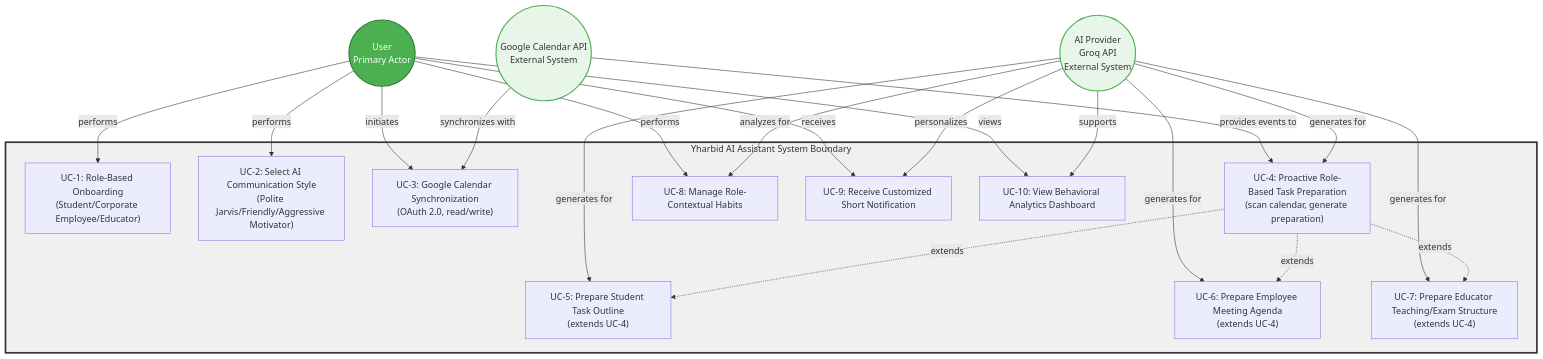
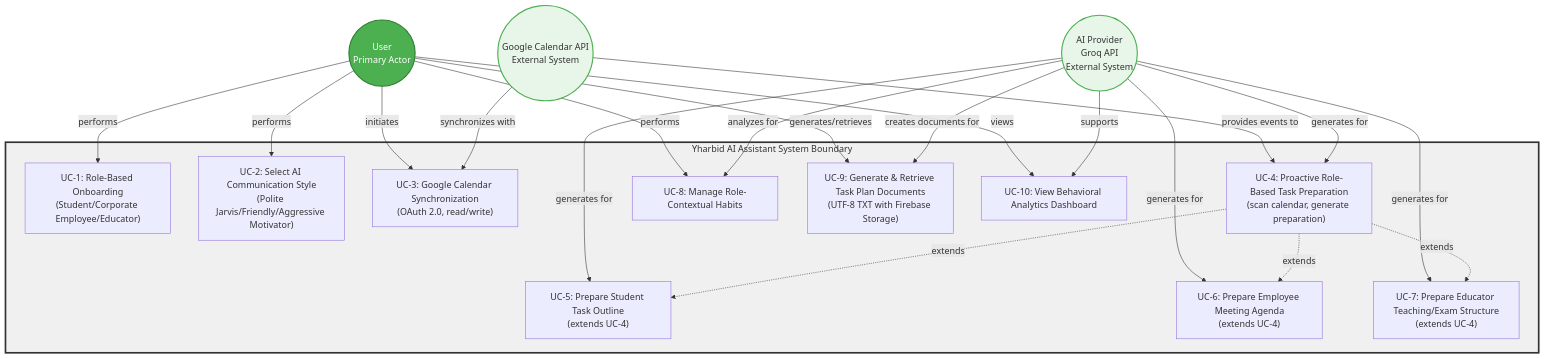
The diagram in docs/design/use-case-diagram.md (skyt19/Yhar_Bid), drawn with Mermaid before and after one commit. The commit also changed other lines of this file and 18 other files, not shown here.

````diff
--- a/docs/design/use-case-diagram.md
+++ b/docs/design/use-case-diagram.md
@@ -7,46 +7,46 @@
 ```mermaid
 graph TB
     subgraph System["Yharbid AI Assistant System Boundary"]
         UC1["UC-1: Role-Based Onboarding<br/>(Student/Corporate Employee/Educator)"]
         UC2["UC-2: Select AI Communication Style<br/>(Polite Jarvis/Friendly/Aggressive Motivator)"]
         UC3["UC-3: Google Calendar Synchronization<br/>(OAuth 2.0, read/write)"]
         UC4["UC-4: Proactive Role-Based Task Preparation<br/>(scan calendar, generate preparation)"]
         UC5["UC-5: Prepare Student Task Outline<br/>(extends UC-4)"]
         UC6["UC-6: Prepare Employee Meeting Agenda<br/>(extends UC-4)"]
         UC7["UC-7: Prepare Educator Teaching/Exam Structure<br/>(extends UC-4)"]
         UC8["UC-8: Manage Role-Contextual Habits"]
-        UC9["UC-9: Receive Customized Short Notification"]
+        UC9["UC-9: Generate & Retrieve Task Plan Documents<br/>(UTF-8 TXT with Firebase Storage)"]
         UC10["UC-10: View Behavioral Analytics Dashboard"]
     end
     
     User((User<br/>Primary Actor))
     GoogleCalendar((Google Calendar API<br/>External System))
     AIProvider((AI Provider<br/>Groq API<br/>External System))
     
     User -->|performs| UC1
     User -->|performs| UC2
     User -->|initiates| UC3
     User -->|performs| UC8
-    User -->|receives| UC9
+    User -->|generates/retrieves| UC9
     User -->|views| UC10
     
     GoogleCalendar -->|synchronizes with| UC3
     GoogleCalendar -->|provides events to| UC4
     
     AIProvider -->|generates for| UC4
     AIProvider -->|generates for| UC5
     AIProvider -->|generates for| UC6
     AIProvider -->|generates for| UC7
     AIProvider -->|analyzes for| UC8
-    AIProvider -->|personalizes| UC9
+    AIProvider -->|creates documents for| UC9
     AIProvider -->|supports| UC10
     
     UC4 -.->|extends| UC5
     UC4 -.->|extends| UC6
     UC4 -.->|extends| UC7
     
     style System fill:#f0f0f0,stroke:#333,stroke-width:3px
     style User fill:#4CAF50,stroke:#2E7D32,stroke-width:2px,color:#fff
     style GoogleCalendar fill:#E8F5E9,stroke:#4CAF50,stroke-width:2px
     style AIProvider fill:#E8F5E9,stroke:#4CAF50,stroke-width:2px
 ```
````
